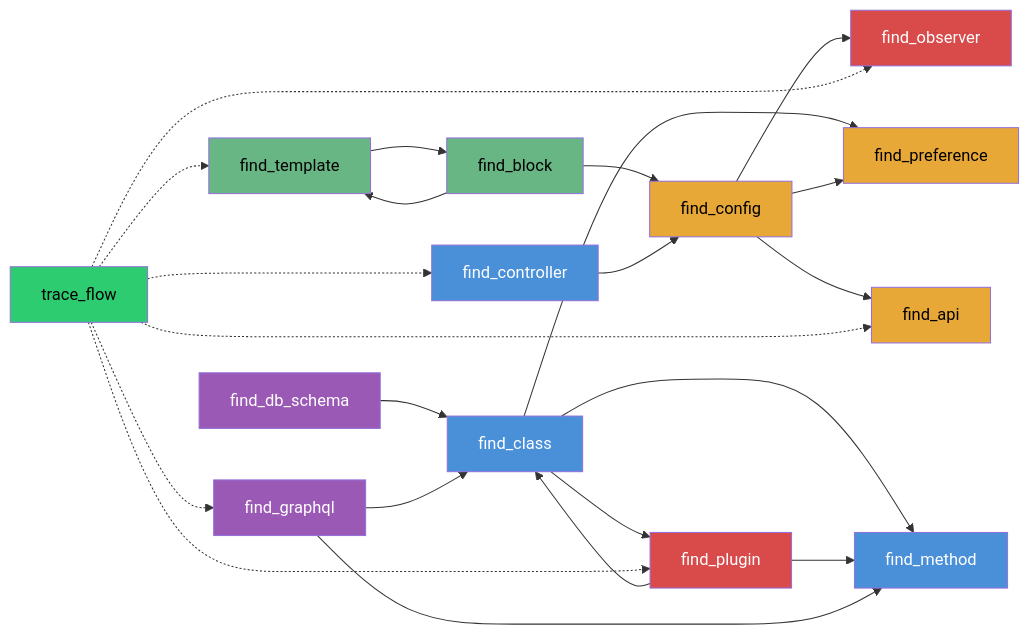
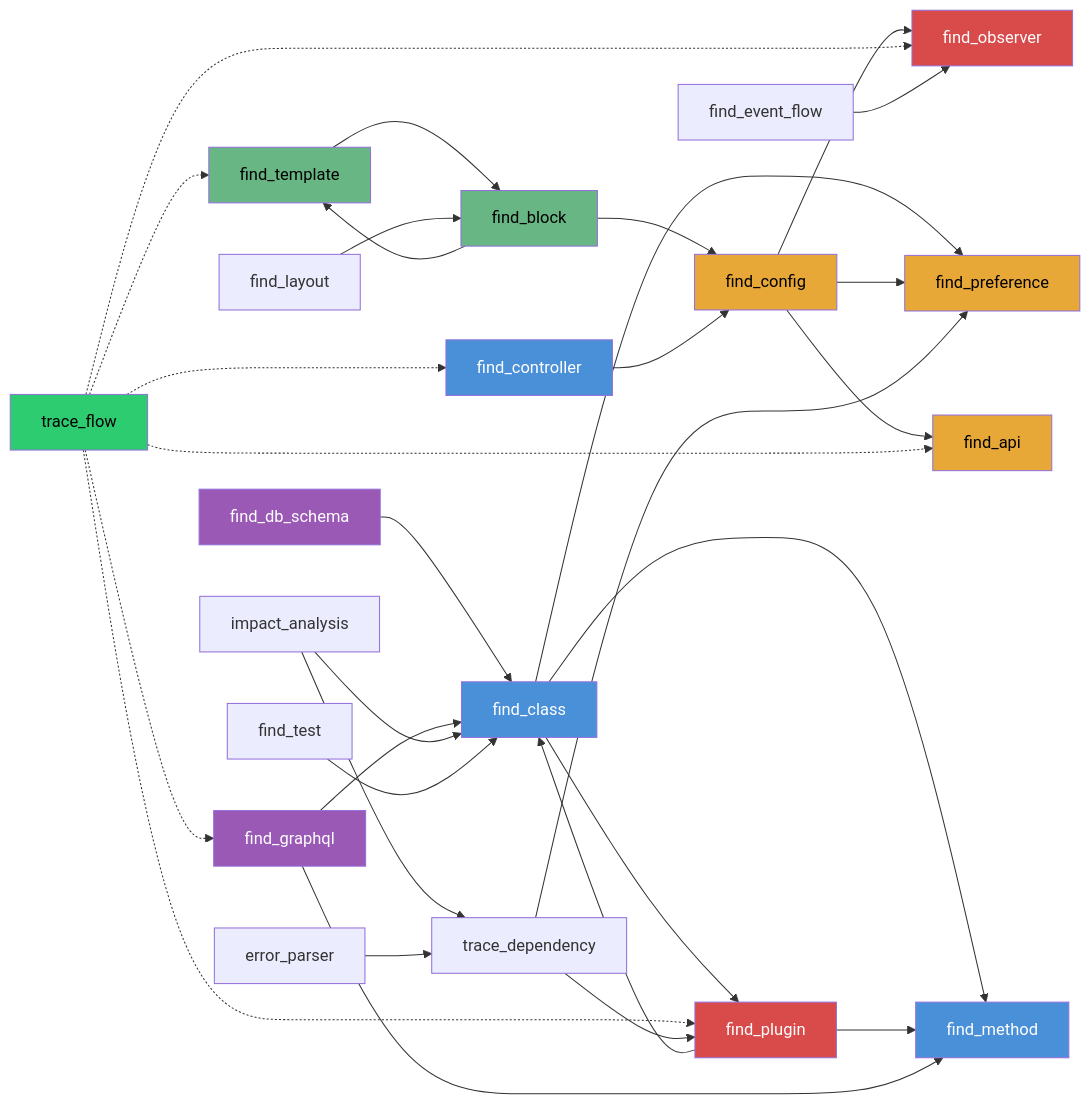
Before and after one commit to krejcif/magector: the fifth of 11 diagrams in README.md, drawn with Mermaid. The commit also changed other lines of this file and 4 other files, not shown here.

````diff
--- a/README.md
+++ b/README.md
@@ -456,38 +480,46 @@
 ```mermaid
 graph LR
   cls["find_class"] --> plg["find_plugin"]
   cls --> prf["find_preference"]
   cls --> mtd["find_method"]
   cfg["find_config"] --> obs["find_observer"]
   cfg --> prf
   cfg --> api["find_api"]
   plg --> cls
   plg --> mtd
   tpl["find_template"] --> blk["find_block"]
   blk --> tpl
   blk --> cfg
   dbs["find_db_schema"] --> cls
   gql["find_graphql"] --> cls
   gql --> mtd
   ctl["find_controller"] --> cfg
   trc["trace_flow"] -.-> ctl
   trc -.-> plg
   trc -.-> obs
   trc -.-> tpl
   trc -.-> api
   trc -.-> gql
+  dep["trace_dependency"] --> prf
+  dep --> plg
+  evf["find_event_flow"] --> obs
+  imp["impact_analysis"] --> dep
+  imp --> cls
+  tst["find_test"] --> cls
+  err["error_parser"] --> dep
+  lay["find_layout"] --> blk
 
   style cls fill:#4a90d9,color:#fff
   style mtd fill:#4a90d9,color:#fff
   style cfg fill:#e8a838,color:#000
   style plg fill:#d94a4a,color:#fff
   style obs fill:#d94a4a,color:#fff
   style prf fill:#e8a838,color:#000
   style api fill:#e8a838,color:#000
   style tpl fill:#68b684,color:#000
   style blk fill:#68b684,color:#000
   style dbs fill:#9b59b6,color:#fff
   style gql fill:#9b59b6,color:#fff
   style ctl fill:#4a90d9,color:#fff
   style trc fill:#2ecc71,color:#000
 ```
````
